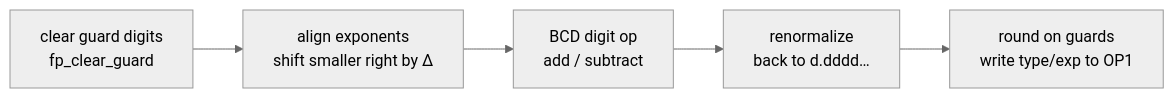
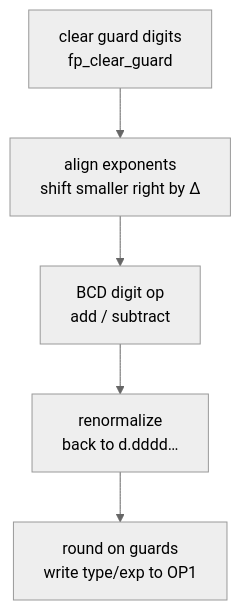
Before and after one commit to siraben/ti84p-re: the diagram in docs/floating-point.md, drawn with Mermaid (neutral theme). The commit also changed 8 other files, not shown here.

Commit message:
Keep book diagrams readable on phones and render the linked LCD skin

````diff
--- a/docs/floating-point.md
+++ b/docs/floating-point.md
@@ -74,7 +74,7 @@
 ```mermaid
-flowchart LR
+flowchart TD
     A["clear guard digits<br/>fp_clear_guard"] --> B["align exponents<br/>shift smaller right by Δ"]
     B --> C["BCD digit op<br/>add / subtract"]
     C --> D["renormalize<br/>back to d.dddd…"]
     D --> E["round on guards<br/>write type/exp to OP1"]
 ```
````
